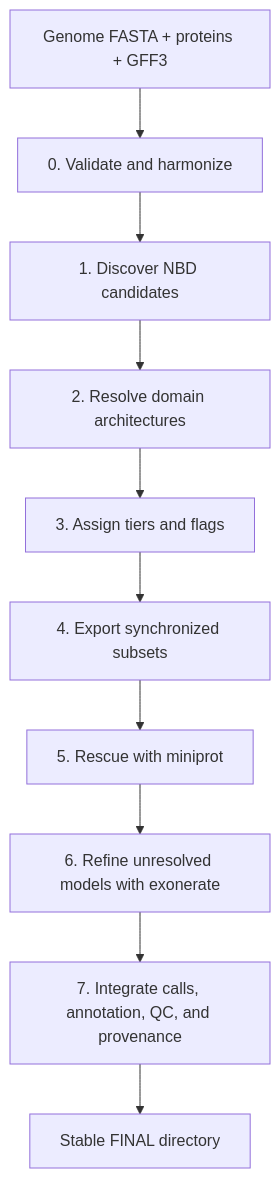
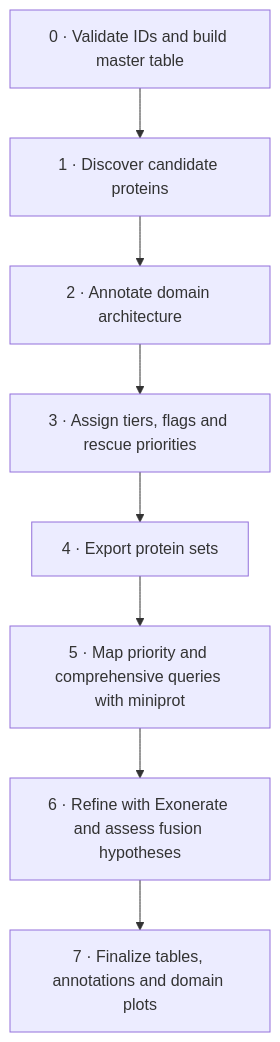
Before and after one commit to meyer-1556/FuNLR: the diagram in README.md, drawn with Mermaid. The commit also changed other lines of this file and 87 other files, not shown here.

````diff
--- a/README.md
+++ b/README.md
@@ -292,12 +58,10 @@
 ```mermaid
 flowchart TD
-    A[Genome FASTA + proteins + GFF3] --> B[0. Validate and harmonize]
-    B --> C[1. Discover NBD candidates]
-    C --> D[2. Resolve domain architectures]
-    D --> E[3. Assign tiers and flags]
-    E --> F[4. Export synchronized subsets]
-    F --> G[5. Rescue with miniprot]
-    G --> H[6. Refine unresolved models with exonerate]
-    H --> I[7. Integrate calls, annotation, QC, and provenance]
-    I --> J[Stable FINAL directory]
+    A["0 · Validate IDs and build master table"] --> B["1 · Discover candidate proteins"]
+    B --> C["2 · Annotate domain architecture"]
+    C --> D["3 · Assign tiers, flags and rescue priorities"]
+    D --> E["4 · Export protein sets"]
+    E --> F["5 · Map priority and comprehensive queries with miniprot"]
+    F --> G["6 · Refine with Exonerate and assess fusion hypotheses"]
+    G --> H["7 · Finalize tables, annotations and domain plots"]
 ```
````
